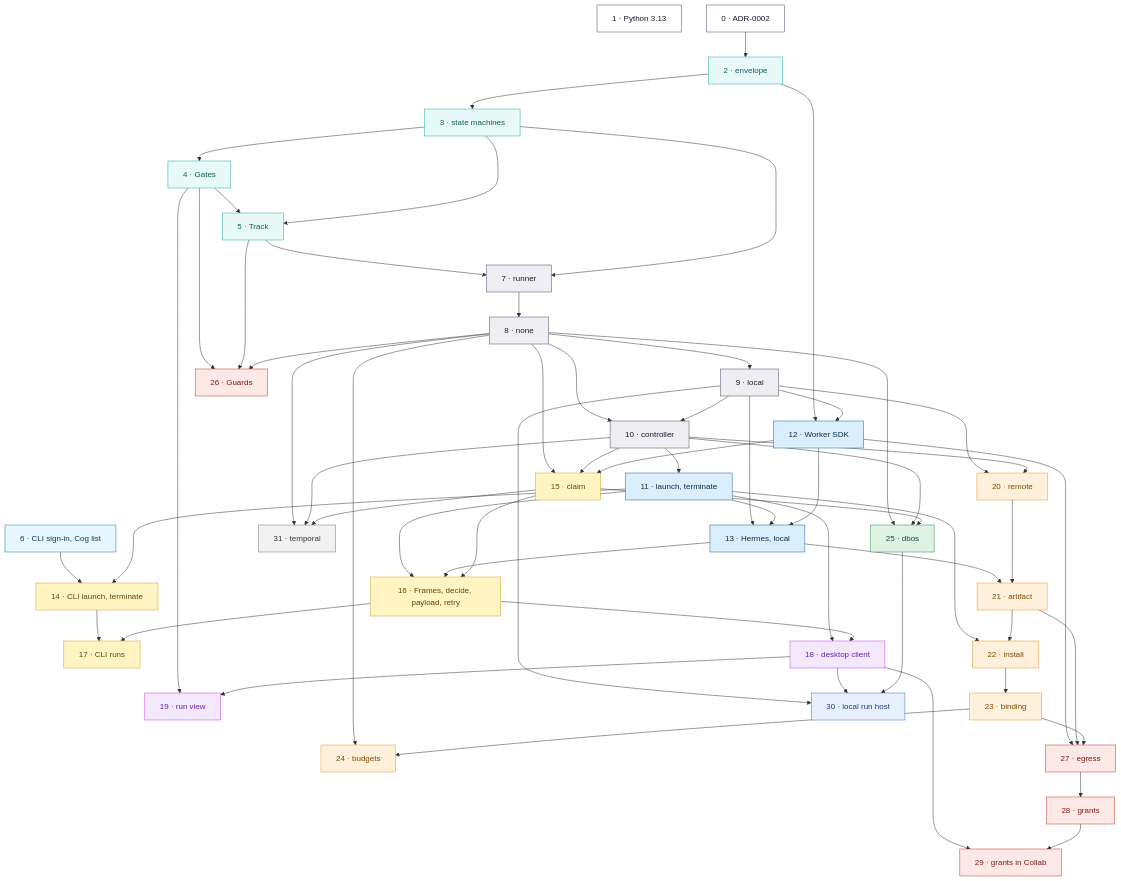
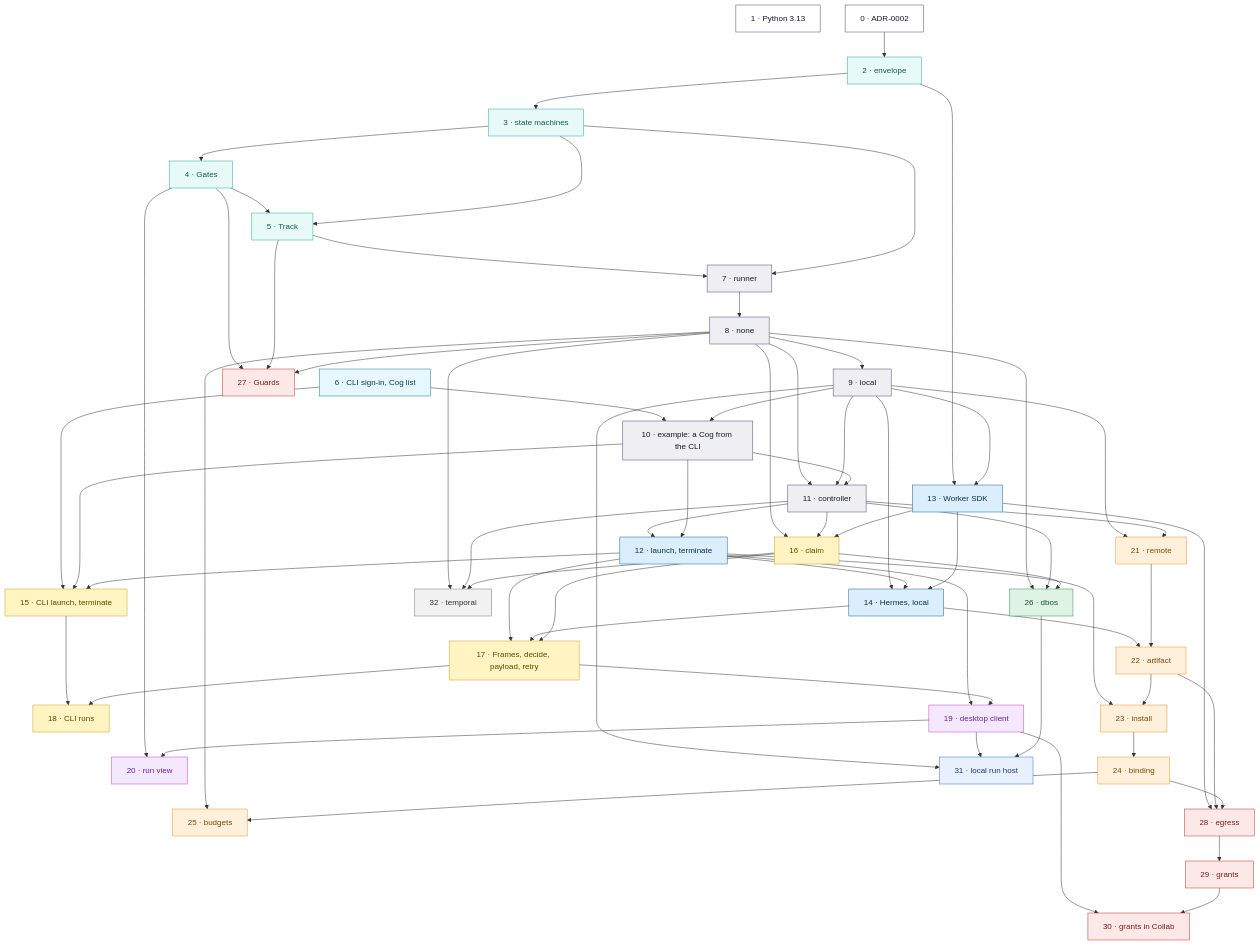
Before and after one commit to nebari-dev/collab-hub-pack: the second of 5 diagrams in COG_EXECUTION.md, drawn with Mermaid. The commit also changed other lines of this file and 41 other files, not shown here.

First line of the commit message:
feat(runs): launch a Cog from the CLI on a local dev hub, with an example

````diff
--- a/COG_EXECUTION.md
+++ b/COG_EXECUTION.md
@@ -1013,52 +1039,54 @@
 ```mermaid
 flowchart TD
   ph1["1 · Python 3.13"]
   ph0["0 · ADR-0002"] --> ph2["2 · envelope"] --> ph3["3 · state machines"] --> ph4["4 · Gates"] --> ph5["5 · Track"] --> ph7["7 · runner"] --> ph8["8 · none"]
   ph6["6 · CLI sign-in, Cog list"]
   ph3 --> ph5 & ph7
   ph8 --> ph9["9 · local"]
-  ph8 & ph9 --> ph10["10 · controller"] --> ph11["11 · launch, terminate"]
-  ph2 & ph9 --> ph12["12 · Worker SDK"]
-  ph9 & ph11 & ph12 --> ph13["13 · Hermes, local"]
-  ph6 & ph11 --> ph14["14 · CLI launch, terminate"]
-  ph8 & ph10 & ph12 --> ph15["15 · claim"]
-  ph11 & ph13 & ph15 --> ph16["16 · Frames, decide, payload, retry"]
-  ph14 & ph16 --> ph17["17 · CLI runs"]
-  ph11 & ph16 --> ph18["18 · desktop client"]
-  ph4 & ph18 --> ph19["19 · run view"]
-  ph9 & ph10 --> ph20["20 · remote"]
-  ph13 & ph20 --> ph21["21 · artifact"]
-  ph11 & ph21 --> ph22["22 · install"] --> ph23["23 · binding"]
-  ph8 & ph23 --> ph24["24 · budgets"]
-  ph8 & ph10 & ph15 --> ph25["25 · dbos"]
-  ph4 & ph5 & ph8 --> ph26["26 · Guards"]
-  ph12 & ph21 & ph23 --> ph27["27 · egress"] --> ph28["28 · grants"]
-  ph18 & ph28 --> ph29["29 · grants in Collab"]
-  ph9 & ph18 & ph25 --> ph30["30 · local run host"]
-  ph8 & ph10 & ph15 --> ph31["31 · temporal"]
+  ph6 & ph9 --> ph10["10 · example: a Cog from the CLI"]
+  ph8 & ph9 & ph10 --> ph11["11 · controller"] --> ph12["12 · launch, terminate"]
+  ph2 & ph9 --> ph13["13 · Worker SDK"]
+  ph9 & ph12 & ph13 --> ph14["14 · Hermes, local"]
+  ph6 & ph10 & ph12 --> ph15["15 · CLI launch, terminate"]
+  ph10 --> ph12
+  ph8 & ph11 & ph13 --> ph16["16 · claim"]
+  ph12 & ph14 & ph16 --> ph17["17 · Frames, decide, payload, retry"]
+  ph15 & ph17 --> ph18["18 · CLI runs"]
+  ph12 & ph17 --> ph19["19 · desktop client"]
+  ph4 & ph19 --> ph20["20 · run view"]
+  ph9 & ph11 --> ph21["21 · remote"]
+  ph14 & ph21 --> ph22["22 · artifact"]
+  ph12 & ph22 --> ph23["23 · install"] --> ph24["24 · binding"]
+  ph8 & ph24 --> ph25["25 · budgets"]
+  ph8 & ph11 & ph16 --> ph26["26 · dbos"]
+  ph4 & ph5 & ph8 --> ph27["27 · Guards"]
+  ph13 & ph22 & ph24 --> ph28["28 · egress"] --> ph29["29 · grants"]
+  ph19 & ph29 --> ph30["30 · grants in Collab"]
+  ph9 & ph19 & ph26 --> ph31["31 · local run host"]
+  ph8 & ph11 & ph16 --> ph32["32 · temporal"]
 
   classDef m0 fill:#ffffff,stroke:#4a4a6a,color:#1a1a2e
   classDef m1 fill:#e8faf8,stroke:#20aaa1,color:#0d5d57
   classDef m2 fill:#e6f7ff,stroke:#1f7a99,color:#0b3d4d
   classDef m3 fill:#eeeef3,stroke:#4a4a6a,color:#1a1a2e
   classDef m4 fill:#dbeefc,stroke:#1f5f99,color:#0b2e4d
   classDef m5 fill:#fff4c2,stroke:#c9a227,color:#5c4a00
   classDef m6 fill:#f3e8fc,stroke:#c840e9,color:#6b21a8
   classDef m7 fill:#fef0db,stroke:#e8952c,color:#7c4a03
   classDef m8 fill:#dff3e4,stroke:#2e8b57,color:#14532d
   classDef m9 fill:#fde8e8,stroke:#c0392b,color:#7b1d14
   classDef m10 fill:#e8f0fe,stroke:#3b6fd8,color:#1c3d7a
   classDef m11 fill:#f1f1f1,stroke:#777,color:#333
   class ph0,ph1 m0
   class ph2,ph3,ph4,ph5 m1
   class ph6 m2
-  class ph7,ph8,ph9,ph10 m3
-  class ph11,ph12,ph13 m4
-  class ph14,ph15,ph16,ph17 m5
-  class ph18,ph19 m6
-  class ph20,ph21,ph22,ph23,ph24 m7
-  class ph25 m8
-  class ph26,ph27,ph28,ph29 m9
-  class ph30 m10
-  class ph31 m11
+  class ph7,ph8,ph9,ph10,ph11 m3
+  class ph12,ph13,ph14 m4
+  class ph15,ph16,ph17,ph18 m5
+  class ph19,ph20 m6
+  class ph21,ph22,ph23,ph24,ph25 m7
+  class ph26 m8
+  class ph27,ph28,ph29,ph30 m9
+  class ph31 m10
+  class ph32 m11
 ```
````
